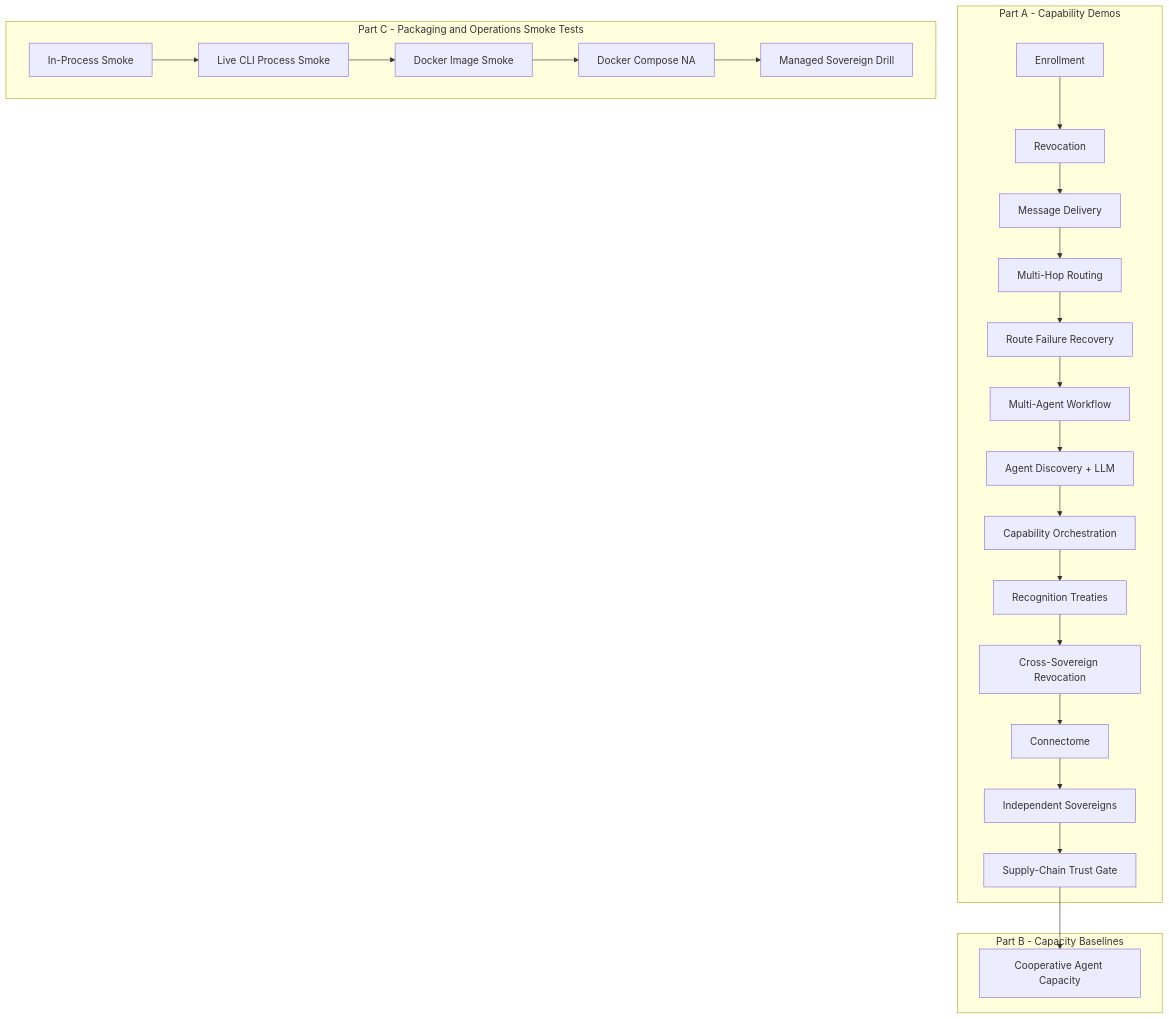
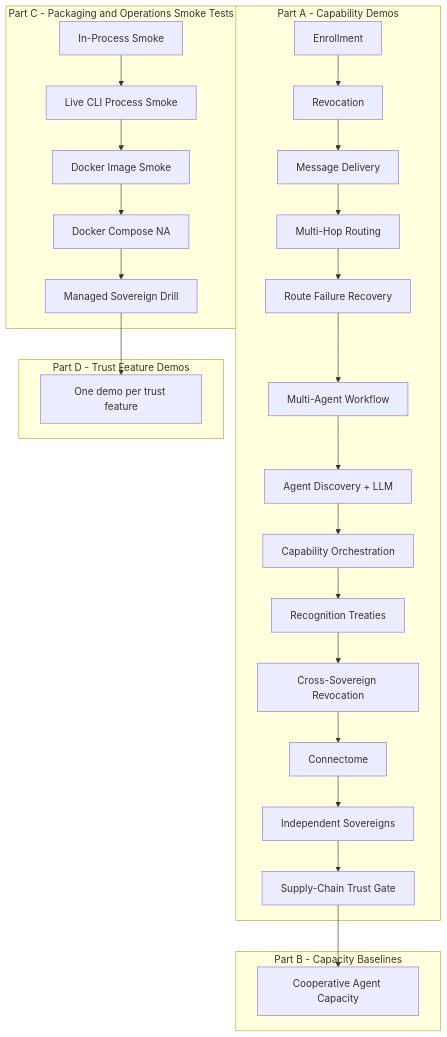
Before and after one commit to GenesisMeshLabs/genesismesh: the diagram in docs/examples/demos.md, drawn with Mermaid. The commit also changed other lines of this file and 119 other files, not shown here.

````diff
--- a/docs/examples/demos.md
+++ b/docs/examples/demos.md
@@ -18,34 +33,39 @@
 ```{mermaid}
 flowchart TD
     subgraph A[Part A - Capability Demos]
         A1[Enrollment]
         A2[Revocation]
         A3[Message Delivery]
         A4[Multi-Hop Routing]
         A5[Route Failure Recovery]
         A6[Multi-Agent Workflow]
         A7[Agent Discovery + LLM]
         A8[Capability Orchestration]
         A9[Recognition Treaties]
         A10[Cross-Sovereign Revocation]
         A11[Connectome]
         A12[Independent Sovereigns]
         A13[Supply-Chain Trust Gate]
     end
 
     subgraph B[Part B - Capacity Baselines]
         B1[Cooperative Agent Capacity]
     end
 
     subgraph C[Part C - Packaging and Operations Smoke Tests]
         C1[In-Process Smoke]
         C2[Live CLI Process Smoke]
         C3[Docker Image Smoke]
         C4[Docker Compose NA]
         C5[Managed Sovereign Drill]
     end
 
+    subgraph D[Part D - Trust Feature Demos]
+        D1[One demo per trust feature]
+    end
+
     A1 --> A2 --> A3 --> A4 --> A5 --> A6 --> A7 --> A8 --> A9 --> A10 --> A11 --> A12 --> A13
     A13 --> B1
     C1 --> C2 --> C3 --> C4 --> C5
+    C5 --> D1
 ```
````
